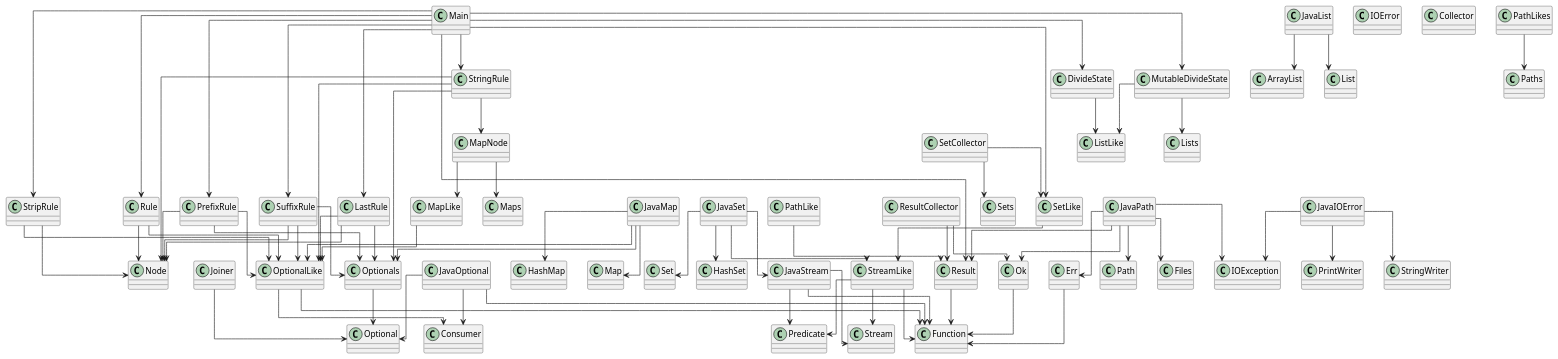
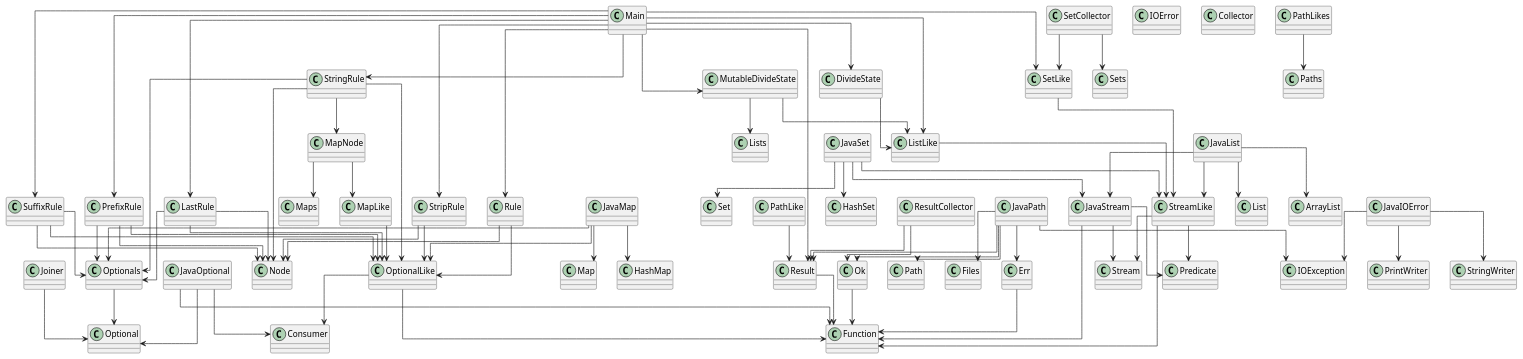
The diagram in diagram.puml (SirMathhman/Magma), drawn with PlantUML before and after one commit. The commit also changed 6 other files, not shown here.

```diff
--- a/diagram.puml
+++ b/diagram.puml
@@ -1,116 +1,120 @@
 @startuml
 skinparam linetype ortho
 class PrefixRule
 PrefixRule --> Node
 PrefixRule --> OptionalLike
 PrefixRule --> Optionals
 class StripRule
 StripRule --> Node
 StripRule --> OptionalLike
 class JavaIOError
 JavaIOError --> IOException
 JavaIOError --> PrintWriter
 JavaIOError --> StringWriter
-class JavaList
-JavaList --> ArrayList
-JavaList --> List
 class StringRule
 StringRule --> MapNode
 StringRule --> Node
 StringRule --> OptionalLike
 StringRule --> Optionals
 class StreamLike
 StreamLike --> Function
 StreamLike --> Predicate
 StreamLike --> Stream
 class PathLike
 PathLike --> Result
 class Maps
 class Joiner
 Joiner --> Optional
 class IOError
-class Lists
 class JavaPath
 JavaPath --> Err
 JavaPath --> Ok
 JavaPath --> Result
 JavaPath --> IOException
 JavaPath --> Files
 JavaPath --> Path
 class Node
 class SuffixRule
 SuffixRule --> Node
 SuffixRule --> OptionalLike
 SuffixRule --> Optionals
 class Collector
 class OptionalLike
 OptionalLike --> Consumer
 OptionalLike --> Function
 class ResultCollector
 ResultCollector --> Ok
 ResultCollector --> Result
 class DivideState
 DivideState --> ListLike
 class SetLike
 SetLike --> StreamLike
 class Sets
 class JavaStream
 JavaStream --> Function
 JavaStream --> Predicate
 JavaStream --> Stream
 class LastRule
 LastRule --> Node
 LastRule --> OptionalLike
 LastRule --> Optionals
 class Result
 Result --> Function
 class JavaSet
 JavaSet --> JavaStream
 JavaSet --> StreamLike
 JavaSet --> HashSet
 JavaSet --> Set
 class Err
 Err --> Function
 class JavaMap
 JavaMap --> OptionalLike
 JavaMap --> Optionals
 JavaMap --> HashMap
 JavaMap --> Map
 class SetCollector
 SetCollector --> SetLike
 SetCollector --> Sets
+class ListLike
+ListLike --> StreamLike
+class JavaList
+JavaList --> JavaStream
+JavaList --> StreamLike
+JavaList --> ArrayList
+JavaList --> List
 class MapNode
 MapNode --> MapLike
 MapNode --> Maps
 class MapLike
 MapLike --> OptionalLike
 class PathLikes
 PathLikes --> Paths
 class Rule
 Rule --> Node
 Rule --> OptionalLike
 class Main
 Main --> DivideState
 Main --> MutableDivideState
+Main --> ListLike
 Main --> Result
 Main --> LastRule
 Main --> PrefixRule
 Main --> Rule
 Main --> StringRule
 Main --> StripRule
 Main --> SuffixRule
 Main --> SetLike
 class MutableDivideState
 MutableDivideState --> ListLike
 MutableDivideState --> Lists
 class Optionals
 Optionals --> Optional
+class Lists
 class Ok
 Ok --> Function
-class ListLike
 class JavaOptional
 JavaOptional --> Optional
 JavaOptional --> Consumer
 JavaOptional --> Function
 
 @enduml
```
